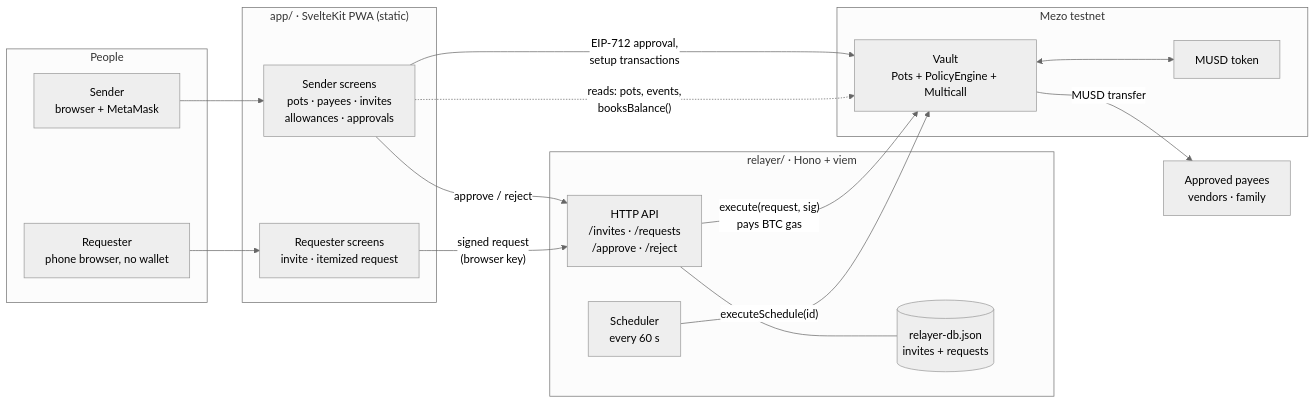
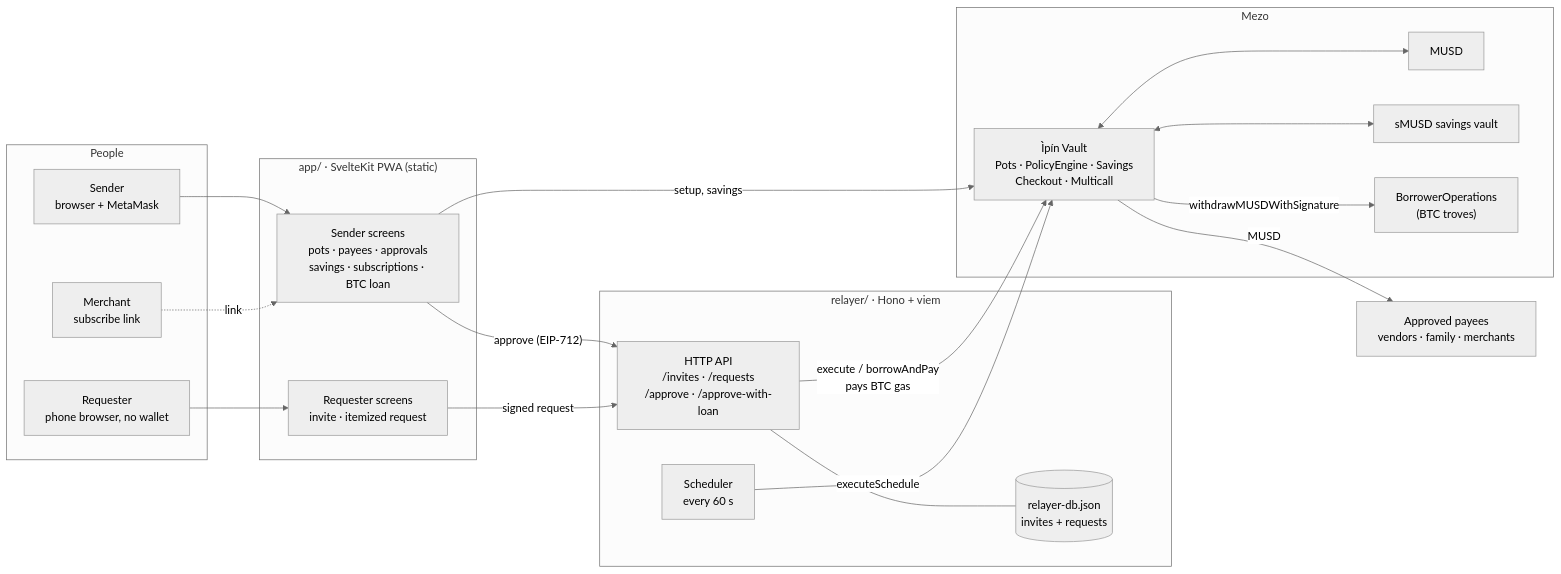
The first of 4 diagrams in README.md (adetyaz/Ipin), drawn with Mermaid (neutral theme) before and after one commit. The commit also changed other lines of this file and 3 other files, not shown here.

````diff
--- a/README.md
+++ b/README.md
@@ -104,37 +111,42 @@
 ```mermaid
 flowchart LR
   subgraph People
     S["Sender<br/>browser + MetaMask"]
     R["Requester<br/>phone browser, no wallet"]
+    MR["Merchant<br/>subscribe link"]
   end
 
   subgraph App["app/ · SvelteKit PWA (static)"]
-    SS["Sender screens<br/>pots · payees · invites<br/>allowances · approvals"]
+    SS["Sender screens<br/>pots · payees · approvals<br/>savings · subscriptions · BTC loan"]
     RS["Requester screens<br/>invite · itemized request"]
   end
 
   subgraph Relayer["relayer/ · Hono + viem"]
-    API["HTTP API<br/>/invites · /requests<br/>/approve · /reject"]
+    API["HTTP API<br/>/invites · /requests<br/>/approve · /approve-with-loan"]
     SCH["Scheduler<br/>every 60 s"]
     DB[("relayer-db.json<br/>invites + requests")]
   end
 
-  subgraph Mezo["Mezo testnet"]
-    V["Vault<br/>Pots + PolicyEngine + Multicall"]
-    M["MUSD token"]
+  subgraph Mezo["Mezo"]
+    V["Ìpín Vault<br/>Pots · PolicyEngine · Savings<br/>Checkout · Multicall"]
+    M["MUSD"]
+    SM["sMUSD savings vault"]
+    BO["BorrowerOperations<br/>(BTC troves)"]
   end
 
-  P["Approved payees<br/>vendors · family"]
+  P["Approved payees<br/>vendors · family · merchants"]
 
   S --> SS
   R --> RS
-  SS -- "EIP-712 approval,<br/>setup transactions" --> V
-  SS -- "approve / reject" --> API
-  RS -- "signed request<br/>(browser key)" --> API
-  SS -. "reads: pots, events,<br/>booksBalance()" .-> V
+  MR -. "link" .-> SS
+  SS -- "setup, savings" --> V
+  SS -- "approve (EIP-712)" --> API
+  RS -- "signed request" --> API
   API --- DB
-  API -- "execute(request, sig)<br/>pays BTC gas" --> V
-  SCH -- "executeSchedule(id)" --> V
-  V -- "MUSD transfer" --> P
+  API -- "execute / borrowAndPay<br/>pays BTC gas" --> V
+  SCH -- "executeSchedule" --> V
   V <--> M
+  V <--> SM
+  V -- "withdrawMUSDWithSignature" --> BO
+  V -- "MUSD" --> P
 ```
````
